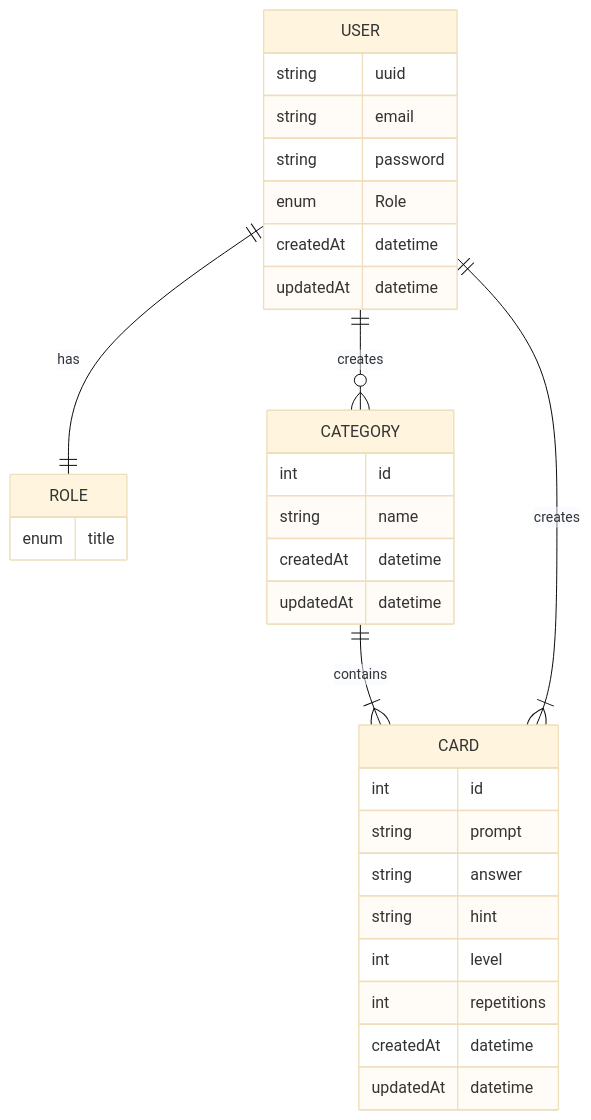
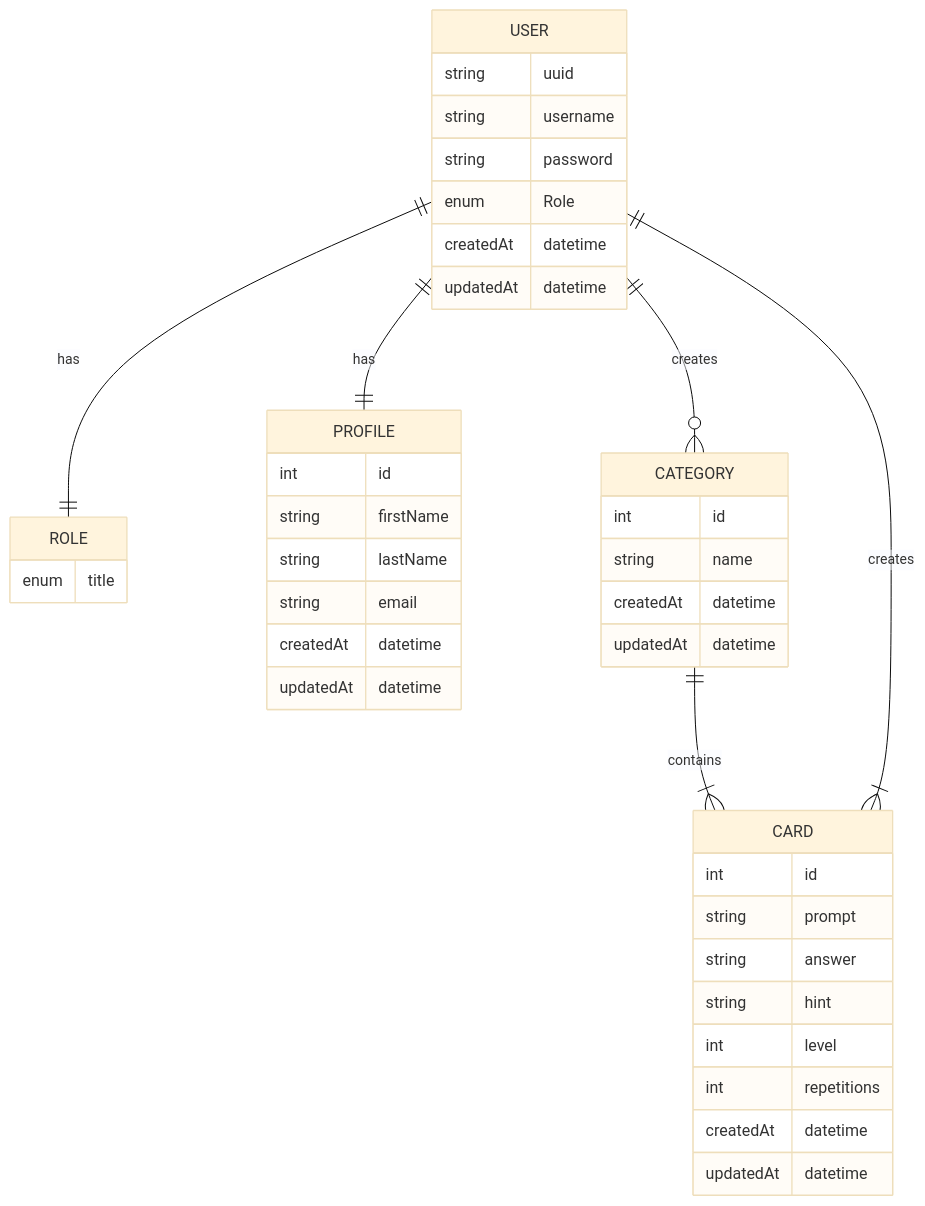
One commit to AllyDouillette/backend-personal-project changed the diagram in prisma/schema.md. Above: the diagram before and after it, drawn with Mermaid (base theme). The commit also changed 3 other files, not shown here.

Commit message:
add profile to schema as well as lastAskedAt attribute to card

````diff
--- a/prisma/schema.md
+++ b/prisma/schema.md
@@ -1,37 +1,48 @@
 ```mermaid
 erDiagram
     USER {
         string uuid
-        string email
+        string username
         string password
         enum Role
         createdAt datetime
         updatedAt datetime
     }
 
     ROLE {
         enum title
     }
+
+    PROFILE {
+        int id
+        string firstName
+        string lastName
+        string email
+        createdAt datetime
+        updatedAt datetime
+    }
+
     CATEGORY {
         int id
         string name
         createdAt datetime
         updatedAt datetime
     }
 
     CARD {
         int id
         string prompt
         string answer
         string hint
         int level
         int repetitions
         createdAt datetime
         updatedAt datetime
     }
 
     USER ||--|| ROLE: has
+    USER ||--|| PROFILE: has
     USER ||--o{ CATEGORY : creates
     CATEGORY ||--|{ CARD : contains
     USER ||--|{ CARD : creates
 ```
````
